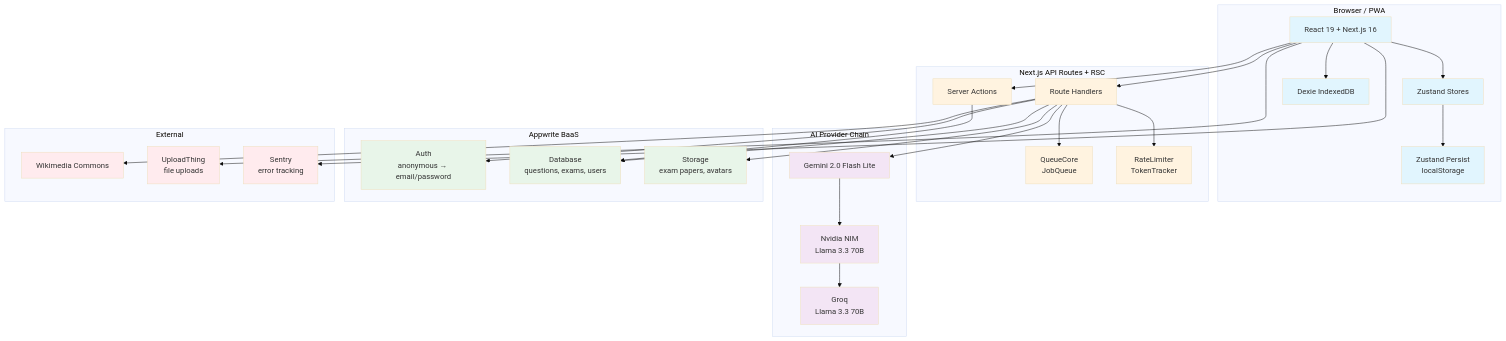
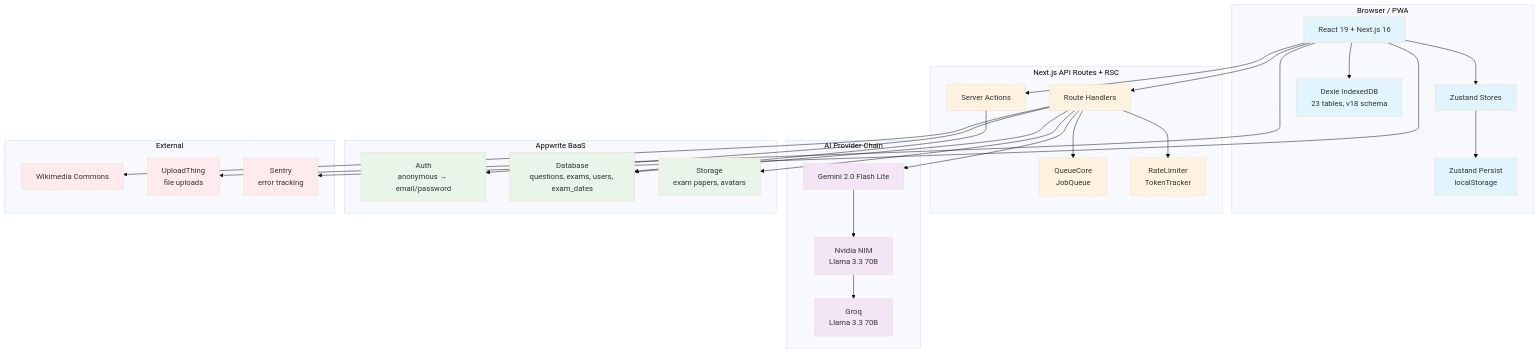
Before and after one commit to thembaxx/lumni: the first of 3 diagrams in system-design.md, drawn with Mermaid (base theme). The commit also changed other lines of this file and 6 other files, not shown here.

````diff
--- a/system-design.md
+++ b/system-design.md
@@ -16,62 +16,62 @@
 ```mermaid
 graph TB
     subgraph Client [Browser / PWA]
         A[React 19 + Next.js 16]
         B[Zustand Stores]
-        C[Dexie IndexedDB]
+        C[Dexie IndexedDB<br/>23 tables, v18 schema]
         D[Zustand Persist<br/>localStorage]
     end
 
     subgraph Server [Next.js API Routes + RSC]
         E[Route Handlers]
         F[Server Actions]
         G[QueueCore<br/>JobQueue]
         H[RateLimiter<br/>TokenTracker]
     end
 
     subgraph AI [AI Provider Chain]
         I[Gemini 2.0 Flash Lite]
         J[Nvidia NIM<br/>Llama 3.3 70B]
         K[Groq<br/>Llama 3.3 70B]
     end
 
     subgraph Backend [Appwrite BaaS]
         L[Auth<br/>anonymous → email/password]
-        M[Database<br/>questions, exams, users]
+        M[Database<br/>questions, exams, users, exam_dates]
         N[Storage<br/>exam papers, avatars]
     end
 
     subgraph External
         O[Wikimedia Commons]
         P[UploadThing<br/>file uploads]
         Q[Sentry<br/>error tracking]
     end
 
     A --> E
     A --> F
     A --> C
     A --> B
     B --> D
     E --> H
     E --> G
     E --> I --> J --> K
     E --> L
     E --> M
     E --> N
     E --> O
     A --> P
     A --> Q
     F --> M
     
     classDef client fill:#e1f5fe
     classDef server fill:#fff3e0
     classDef ai fill:#f3e5f5
     classDef backend fill:#e8f5e9
     classDef external fill:#ffebee
     
     class A,B,C,D client
     class E,F,G,H server
     class I,J,K ai
     class L,M,N backend
     class O,P,Q external
 ```
````
